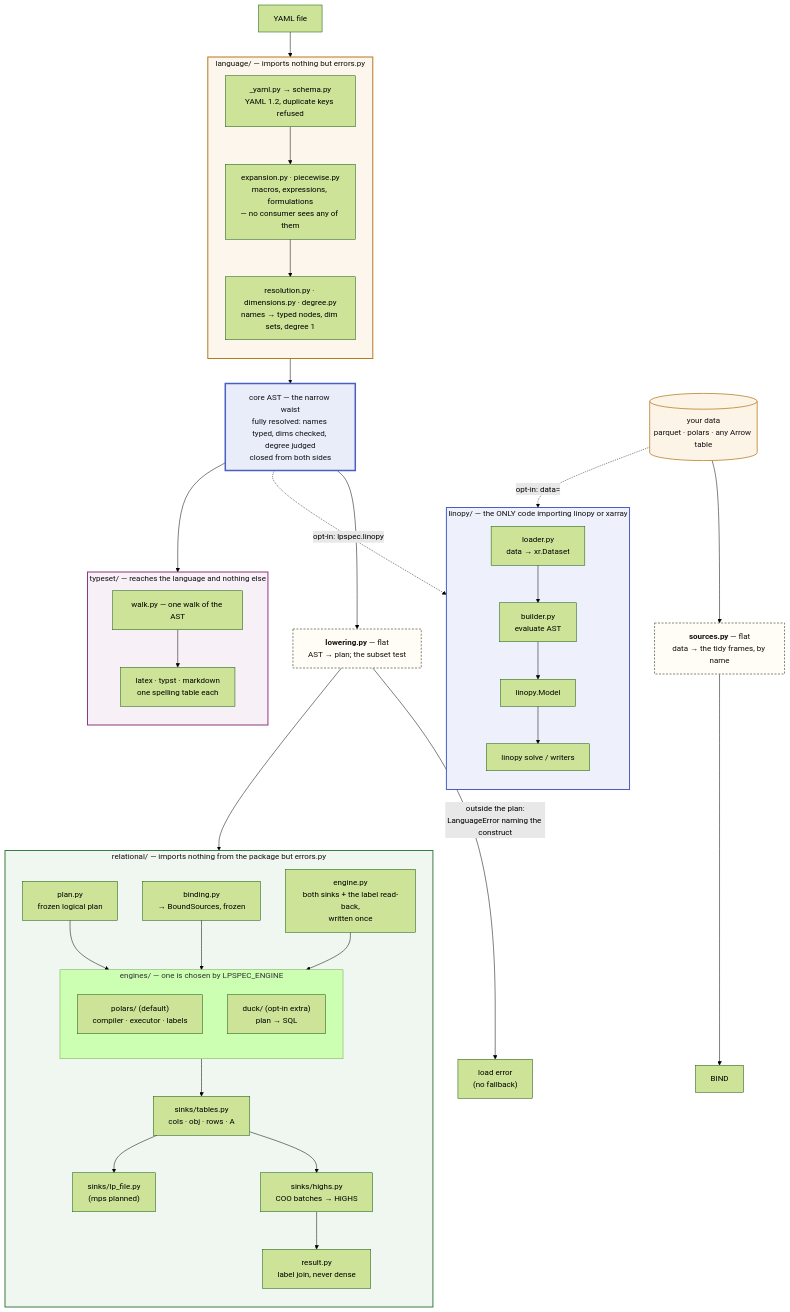
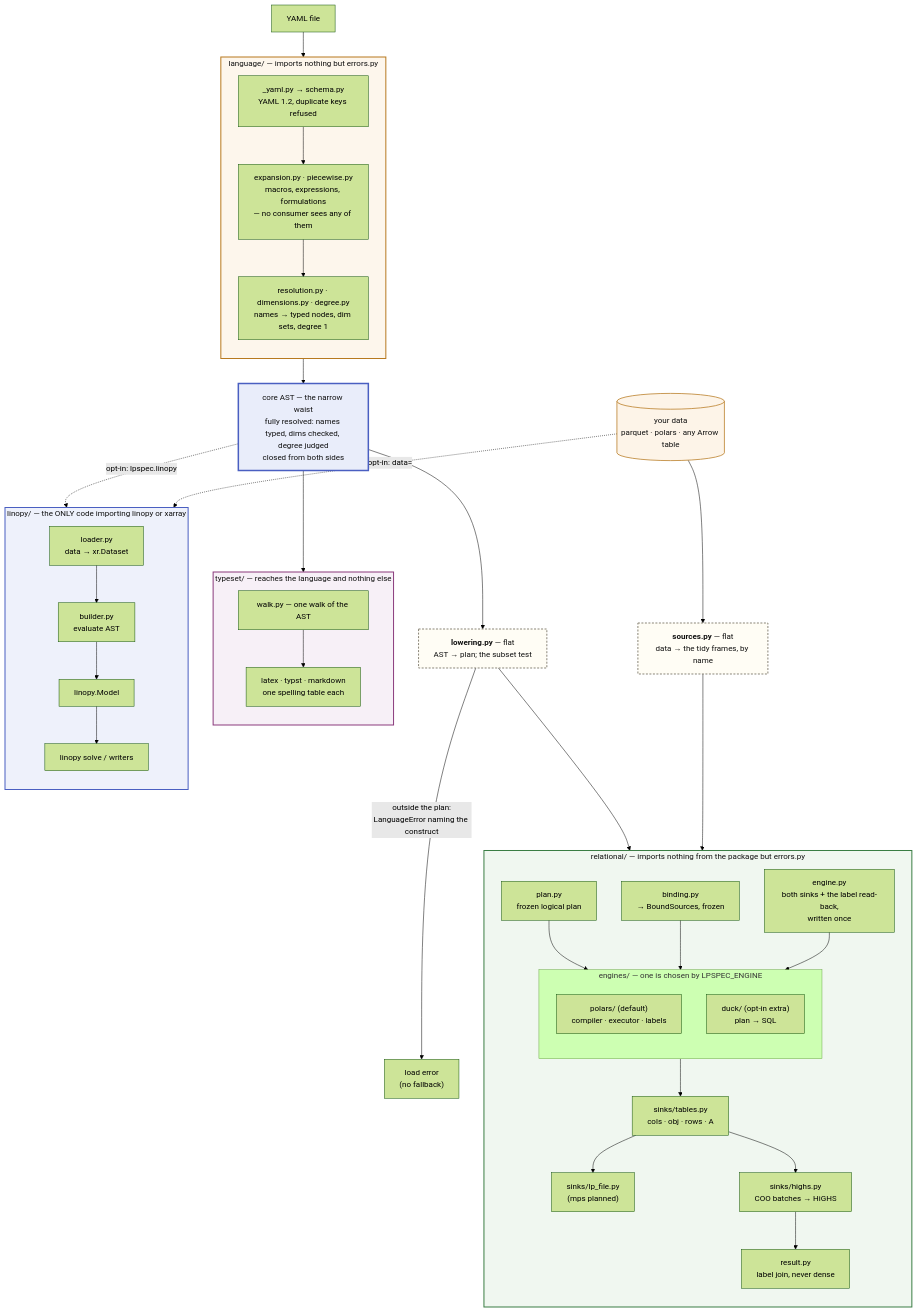
Before and after one commit to FBumann/farkas: the first of 2 diagrams in docs/ARCHITECTURE.md, drawn with Mermaid (forest theme). The commit also changed 1 other file, not shown here.

Commit message:
docs: reconnect the binding edge, and test that edges connect
`SRC --> BIND` pointed at a node that stopped existing: adding the second
engine to the consumers diagram renamed the declaration to `BINDP` and left the
edge behind. Mermaid does not error on an unknown id — it invents an empty box
labelled with it — so the diagram rendered a stray `BIND` hanging off
`sources.py` while the real `binding.py` floated unconnected. It passed
`mkdocs build --strict`, and the subgraph-balance check I had been running
could not see it. A reader caught it.

So the check is now a test rather than something I remember to run:
`test_every_mermaid_edge_points_at_a_node_that_exists` fails on exactly this
mistake, and `test_every_mermaid_subgraph_is_closed` covers the other silent
one — a missing `end` swallows the rest of a diagram into the last box.

Both walk every mermaid block under `docs/`, so they apply to diagrams added
later without being extended.

````diff
--- a/docs/ARCHITECTURE.md
+++ b/docs/ARCHITECTURE.md
@@ -47,69 +47,69 @@
 ```mermaid
 flowchart TB
     Y[YAML file] --> LANG
 
     subgraph LANG["language/ — imports nothing but errors.py"]
         direction TB
         SCHEMA["_yaml.py → schema.py<br/>YAML 1.2, duplicate keys refused"]
         SCHEMA --> EXPAND["expansion.py · piecewise.py<br/>macros, expressions, formulations<br/>— no consumer sees any of them"]
         EXPAND --> RESOLVE["resolution.py · dimensions.py · degree.py<br/>names → typed nodes, dim sets, degree 1"]
     end
 
     LANG --> AST["core AST — the narrow waist<br/>fully resolved: names typed, dims checked, degree judged<br/>closed from both sides"]
 
     AST --> LOWER
     AST --> WALK
     AST -.->|"opt-in: lpspec.linopy"| BUILD
 
     DATA[("your data<br/>parquet · polars · any Arrow table")] --> SRC
     DATA -.->|"opt-in: data="| LOAD
 
     LOWER["<b>lowering.py</b> — flat<br/>AST → plan; the subset test"]
     SRC["<b>sources.py</b> — flat<br/>data → the tidy frames, by name"]
 
     LOWER --> PLAN
     SRC --> BIND
     LOWER -->|"outside the plan:<br/>LanguageError naming the construct"| ERR["load error<br/>(no fallback)"]
 
     subgraph REL["relational/ — imports nothing from the package but errors.py"]
         direction TB
         PLAN["plan.py<br/>frozen logical plan"] --> ENG
-        BINDP["binding.py<br/>→ BoundSources, frozen"] --> ENG
+        BIND["binding.py<br/>→ BoundSources, frozen"] --> ENG
         ENGB["engine.py<br/>both sinks + the label read-back,<br/>written once"] --> ENG
         subgraph ENG["engines/ — one is chosen by LPSPEC_ENGINE"]
             direction TB
             POL["polars/ (default)<br/>compiler · executor · labels"]
             DUCK["duck/ (opt-in extra)<br/>plan → SQL"]
         end
         ENG --> TABLES["sinks/tables.py<br/>cols · obj · rows · A"]
         TABLES --> LPS["sinks/lp_file.py<br/>(mps planned)"]
         TABLES --> DIRECT["sinks/highs.py<br/>COO batches → HiGHS"]
         DIRECT --> SOL["result.py<br/>label join, never dense"]
     end
 
     subgraph TS["typeset/ — reaches the language and nothing else"]
         direction TB
         WALK["walk.py — one walk of the AST"] --> FMT["latex · typst · markdown<br/>one spelling table each"]
     end
 
     subgraph EAGER["linopy/ — the ONLY code importing linopy or xarray"]
         direction TB
         LOAD["loader.py<br/>data → xr.Dataset"] --> BUILD["builder.py<br/>evaluate AST"]
         BUILD --> MODEL[linopy.Model] --> SOLVE["linopy solve / writers"]
     end
 
     classDef laneL fill:#fdf6ec,stroke:#b7791f,stroke-width:2px,color:#111
     classDef laneR fill:#f0f7f0,stroke:#3a7d44,stroke-width:2px,color:#111
     classDef laneE fill:#eef1fb,stroke:#4a5fc1,stroke-width:2px,color:#111
     classDef laneT fill:#f7f0f7,stroke:#8b3a7d,stroke-width:2px,color:#111
     classDef waist fill:#e9edfa,stroke:#4a5fc1,stroke-width:3px,color:#111
     classDef flat fill:#fffdf5,stroke:#8a8578,stroke-width:2px,stroke-dasharray:4 3,color:#111
     classDef data fill:#fdf4e8,stroke:#b7791f,stroke-width:1.5px,color:#111
     class LANG laneL
     class REL laneR
     class EAGER laneE
     class TS laneT
     class AST waist
     class LOWER,SRC flat
     class DATA data
 ```
````
